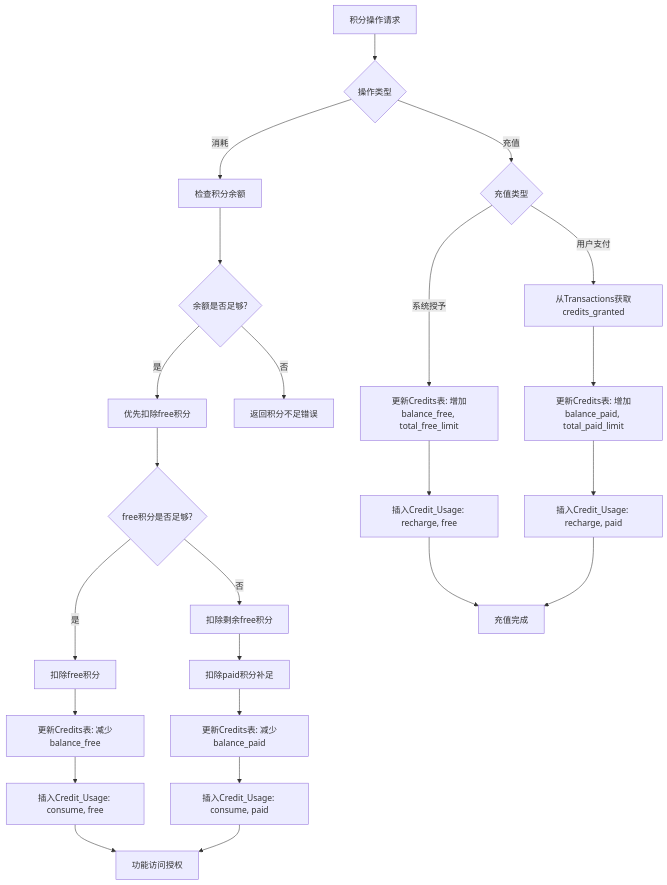
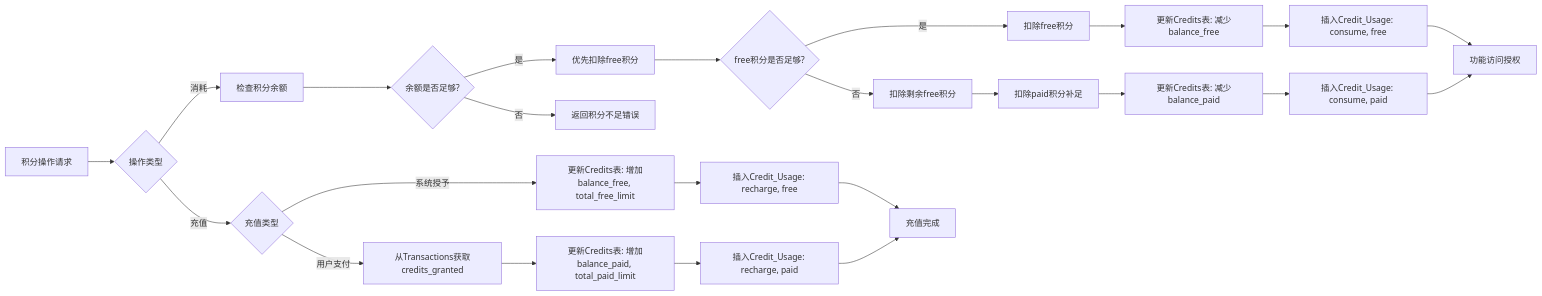
One commit to caofanCPU/diaomao changed the eighth of 18 diagrams in docs/PaidDesign-v1.0.md. Above: the diagram before and after it, drawn with Mermaid. The commit also changed other lines of this file, not shown here.

Commit message:
fix(docs): mermaid fix

````diff
--- a/docs/PaidDesign-v1.0.md
+++ b/docs/PaidDesign-v1.0.md
@@ -846,28 +909,28 @@
 ```mermaid
-graph TD
+flowchart LR
     A[积分操作请求] --> B{操作类型}
     
     B -->|消耗| C[检查积分余额]
     C --> D{余额是否足够?}
     D -->|是| E[优先扣除free积分]
     E --> F{free积分是否足够?}
     F -->|是| G[扣除free积分]
     F -->|否| H[扣除剩余free积分]
     H --> I[扣除paid积分补足]
     G --> J[更新Credits表: 减少balance_free]
     I --> K[更新Credits表: 减少balance_paid]
     J --> L[插入Credit_Usage: consume, free]
     K --> M[插入Credit_Usage: consume, paid]
     L --> N[功能访问授权]
     M --> N
     D -->|否| O[返回积分不足错误]
     
     B -->|充值| P{充值类型}
     P -->|系统授予| Q[更新Credits表: 增加balance_free, total_free_limit]
     P -->|用户支付| R[从Transactions获取credits_granted]
     R --> S[更新Credits表: 增加balance_paid, total_paid_limit]
     Q --> T[插入Credit_Usage: recharge, free]
     S --> U[插入Credit_Usage: recharge, paid]
     T --> V[充值完成]
     U --> V
 ```
````
